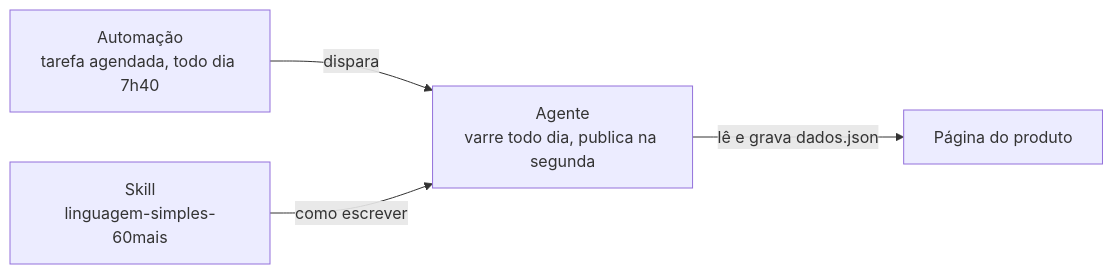
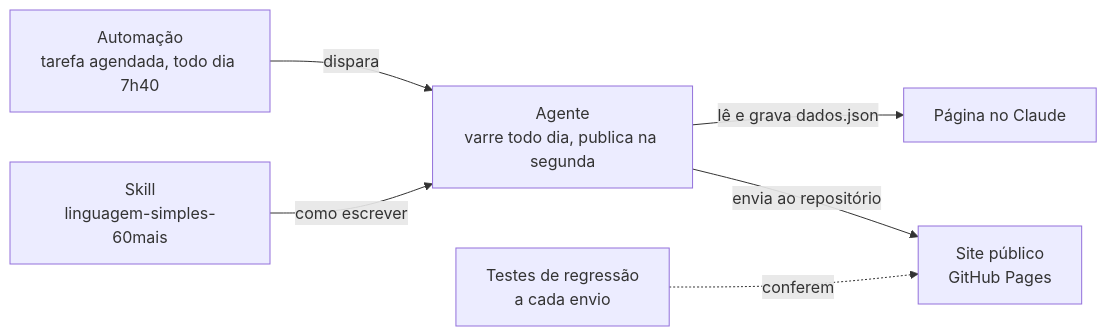
The diagram in README.md (MFraza73/sentinela-60mais), drawn with Mermaid before and after one commit. The commit also changed other lines of this file and 12 other files, not shown here.

First line of the commit message:
Como verificamos, correções e site público

````diff
--- a/README.md
+++ b/README.md
@@ -22,6 +26,8 @@
 ```mermaid
 flowchart LR
     A["Automação<br/>tarefa agendada, todo dia 7h40"] -->|dispara| B["Agente<br/>varre todo dia, publica na segunda"]
     S["Skill<br/>linguagem-simples-60mais"] -->|como escrever| B
-    B -->|lê e grava dados.json| P["Página do produto"]
+    B -->|lê e grava dados.json| P["Página no Claude"]
+    B -->|envia ao repositório| G["Site público<br/>GitHub Pages"]
+    T["Testes de regressão<br/>a cada envio"] -.->|conferem| G
 ```
````
